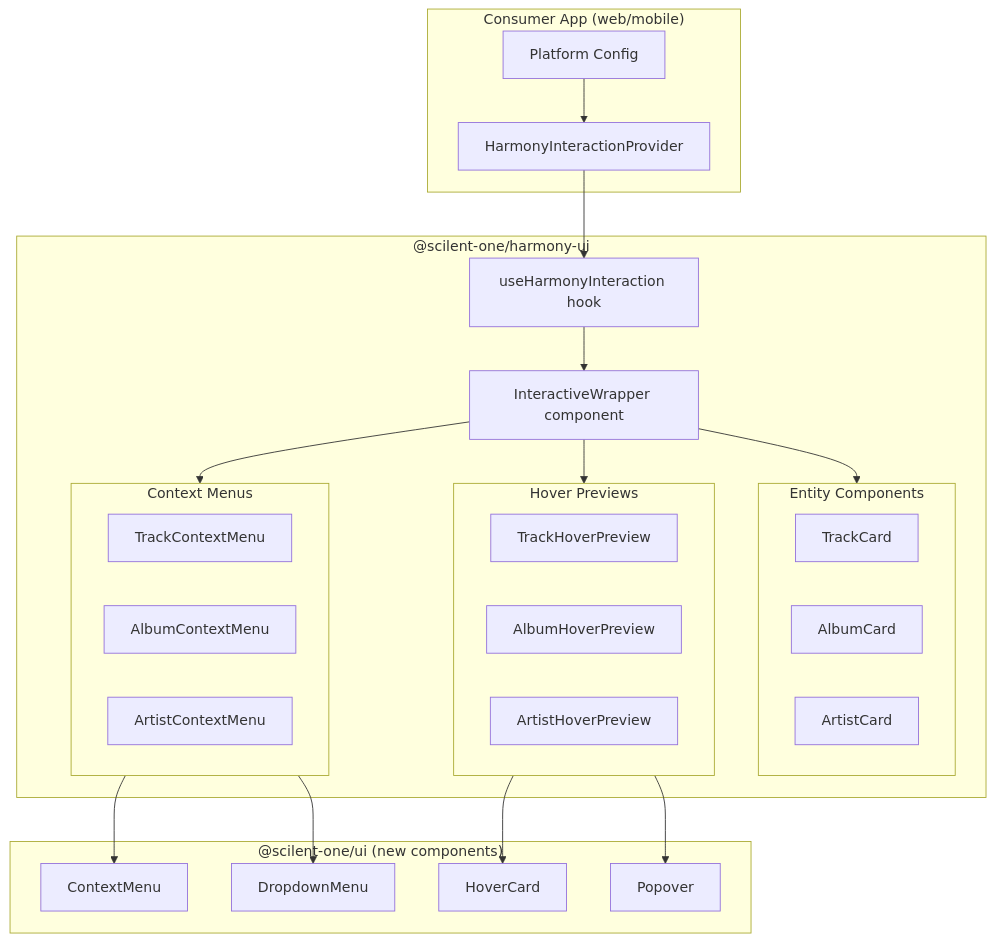
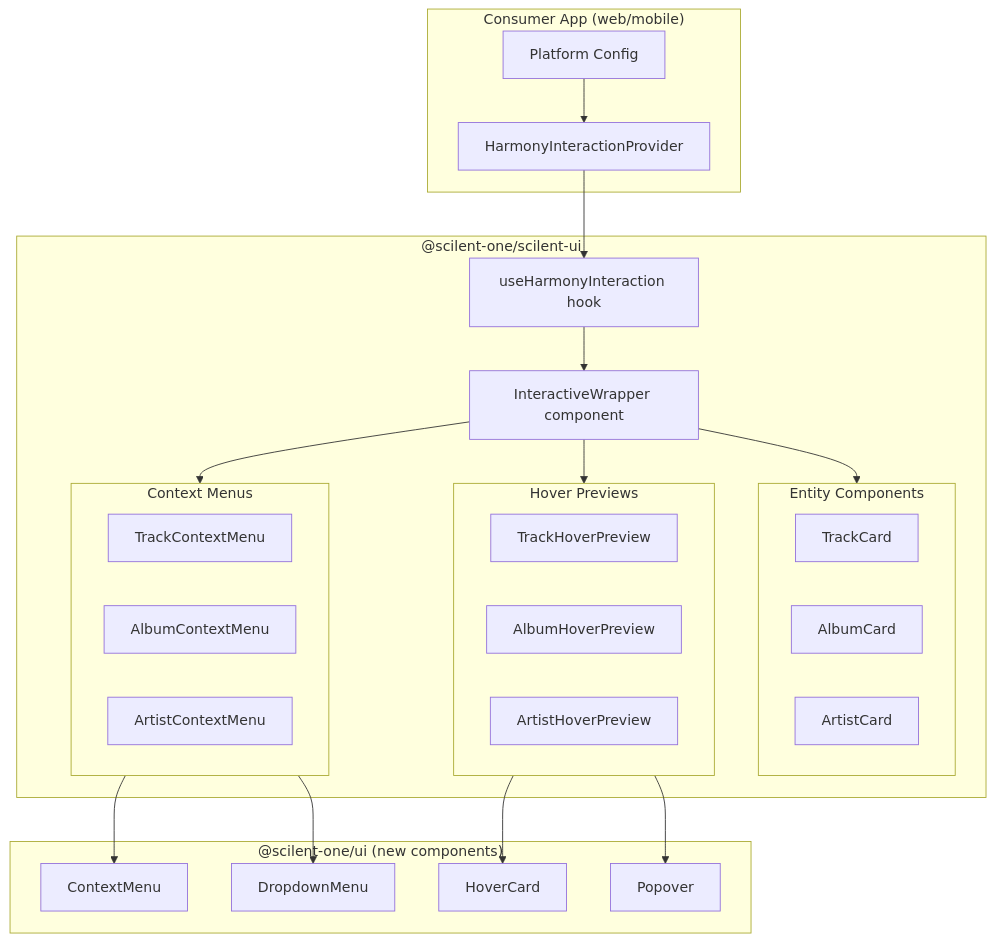
One commit to donovanallen/scilent-x changed the diagram in agents/HARMONY_IX_SPEC.md. Above: the diagram before and after it, drawn with Mermaid. The commit also changed other lines of this file and 138 other files, not shown here.

First line of the commit message:
refactor: rename @scilent-one/harmony-ui to @scilent-one/scilent-ui

````diff
--- a/agents/HARMONY_IX_SPEC.md
+++ b/agents/HARMONY_IX_SPEC.md
@@ -52,48 +52,48 @@
 ```mermaid
 graph TD
     subgraph Consumer["Consumer App (web/mobile)"]
         HIP[HarmonyInteractionProvider]
         Config[Platform Config]
     end
 
-    subgraph HarmonyUI["@scilent-one/harmony-ui"]
+    subgraph ScilentUI["@scilent-one/scilent-ui"]
         Hook[useHarmonyInteraction hook]
         Wrapper[InteractiveWrapper component]
 
         subgraph Entities["Entity Components"]
             TrackCard
             AlbumCard
             ArtistCard
         end
 
         subgraph Menus["Context Menus"]
             TrackMenu[TrackContextMenu]
             AlbumMenu[AlbumContextMenu]
             ArtistMenu[ArtistContextMenu]
         end
 
         subgraph Previews["Hover Previews"]
             TrackPreview[TrackHoverPreview]
             AlbumPreview[AlbumHoverPreview]
             ArtistPreview[ArtistHoverPreview]
         end
     end
 
     subgraph UI["@scilent-one/ui (new components)"]
         ContextMenu
         DropdownMenu
         HoverCard
         Popover
     end
 
     Config --> HIP
     HIP --> Hook
     Hook --> Wrapper
     Wrapper --> Entities
     Wrapper --> Menus
     Wrapper --> Previews
     Menus --> ContextMenu
     Menus --> DropdownMenu
     Previews --> HoverCard
     Previews --> Popover
 ```
````
